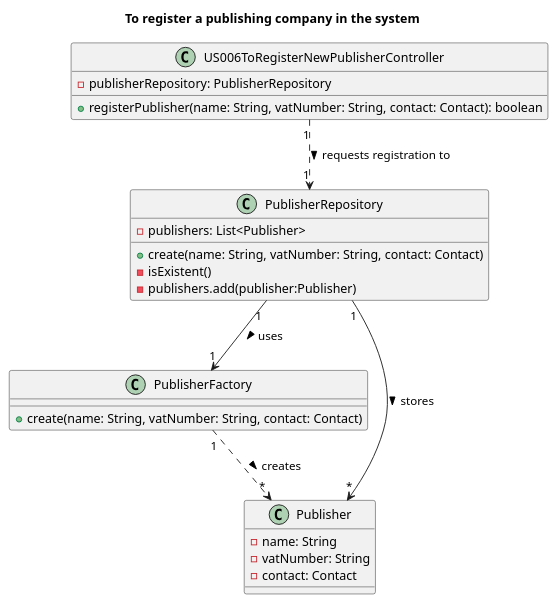
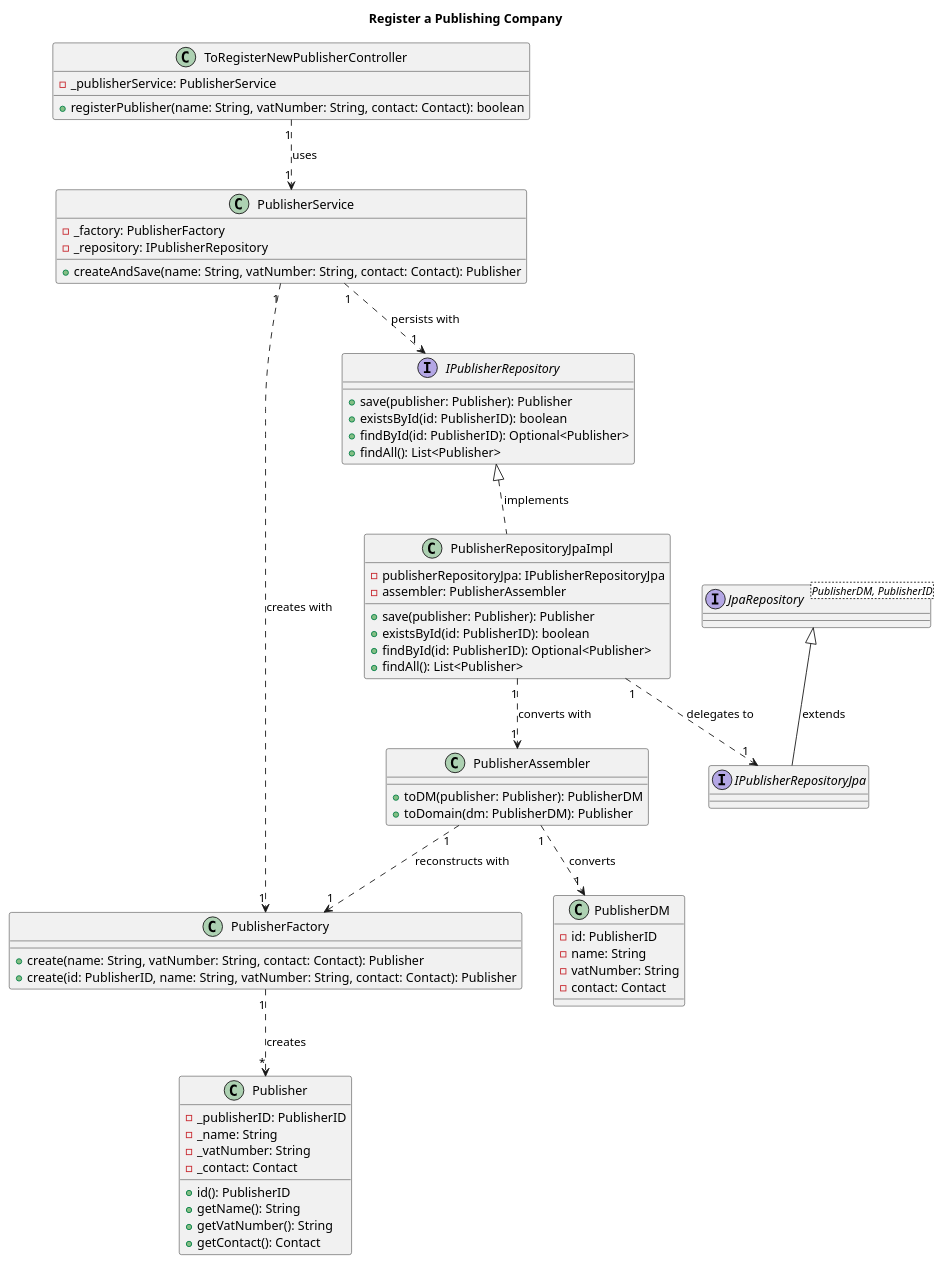
Before and after one commit to AndrePereiraGitH/SWitCH-Project-Team_A: the diagram in Diagrams/ClassDiagrams/To-register-a-publishing-company.puml, drawn with PlantUML. The commit also changed 3 other files, not shown here.

Commit message:
#750 SD and CD Register Publishing Company

```diff
--- a/Diagrams/ClassDiagrams/To-register-a-publishing-company.puml
+++ b/Diagrams/ClassDiagrams/To-register-a-publishing-company.puml
@@ -1,33 +1,76 @@
 @startuml
-title To register a publishing company in the system
+title Register a Publishing Company
 
-class US006ToRegisterNewPublisherController {
-  -publisherRepository: PublisherRepository
+class ToRegisterNewPublisherController {
+  -_publisherService: PublisherService
   +registerPublisher(name: String, vatNumber: String, contact: Contact): boolean
 }
 
-class PublisherRepository {
-  -publishers: List<Publisher>
-  +create(name: String, vatNumber: String, contact: Contact)
-  -isExistent()
-  -publishers.add(publisher:Publisher)
+class PublisherService {
+  -_factory: PublisherFactory
+  -_repository: IPublisherRepository
+  +createAndSave(name: String, vatNumber: String, contact: Contact): Publisher
+}
+
+interface IPublisherRepository {
+  +save(publisher: Publisher): Publisher
+  +existsById(id: PublisherID): boolean
+  +findById(id: PublisherID): Optional<Publisher>
+  +findAll(): List<Publisher>
+}
+
+class PublisherRepositoryJpaImpl {
+  -publisherRepositoryJpa: IPublisherRepositoryJpa
+  -assembler: PublisherAssembler
+  +save(publisher: Publisher): Publisher
+  +existsById(id: PublisherID): boolean
+  +findById(id: PublisherID): Optional<Publisher>
+  +findAll(): List<Publisher>
 }
 
 class PublisherFactory {
-  +create(name: String, vatNumber: String, contact: Contact)
+  +create(name: String, vatNumber: String, contact: Contact): Publisher
+  +create(id: PublisherID, name: String, vatNumber: String, contact: Contact): Publisher
 }
 
+class Publisher {
+  -_publisherID: PublisherID
+  -_name: String
+  -_vatNumber: String
+  -_contact: Contact
+  +id(): PublisherID
+  +getName(): String
+  +getVatNumber(): String
+  +getContact(): Contact
+}
 
-class Publisher {
+class PublisherAssembler {
+  +toDM(publisher: Publisher): PublisherDM
+  +toDomain(dm: PublisherDM): Publisher
+}
+
+class PublisherDM {
+  -id: PublisherID
   -name: String
   -vatNumber: String
   -contact: Contact
 }
 
-US006ToRegisterNewPublisherController "1" ..> "1" PublisherRepository : requests registration to >
-PublisherRepository "1" --> "1" PublisherFactory : uses >
-PublisherFactory "1" ..> "*" Publisher : creates >
-PublisherRepository "1" --> "*" Publisher : stores >
+interface JpaRepository<PublisherDM, PublisherID> {
+}
 
+interface IPublisherRepositoryJpa {
+}
+
+ToRegisterNewPublisherController "1" ..> "1" PublisherService : uses
+PublisherService "1" ..> "1" PublisherFactory : creates with
+PublisherService "1" ..> "1" IPublisherRepository : persists with
+IPublisherRepository <|.. PublisherRepositoryJpaImpl : implements
+PublisherRepositoryJpaImpl "1" ..> "1" PublisherAssembler : converts with
+PublisherRepositoryJpaImpl "1" ..> "1" IPublisherRepositoryJpa : delegates to
+PublisherAssembler "1" ..> "1" PublisherFactory : reconstructs with
+PublisherAssembler "1" ..> "1" PublisherDM : converts
+PublisherFactory "1" ..> "*" Publisher : creates
+JpaRepository <|-- IPublisherRepositoryJpa : extends
 
 @enduml
```
